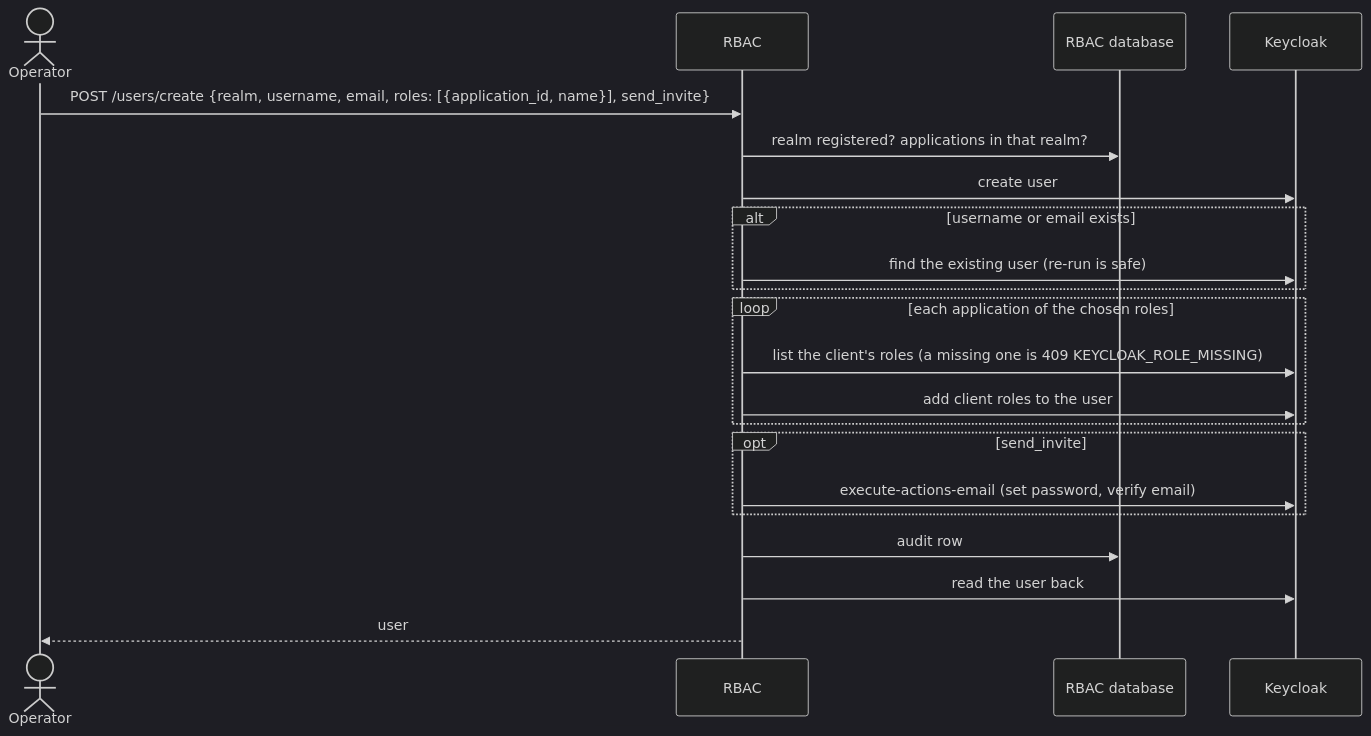
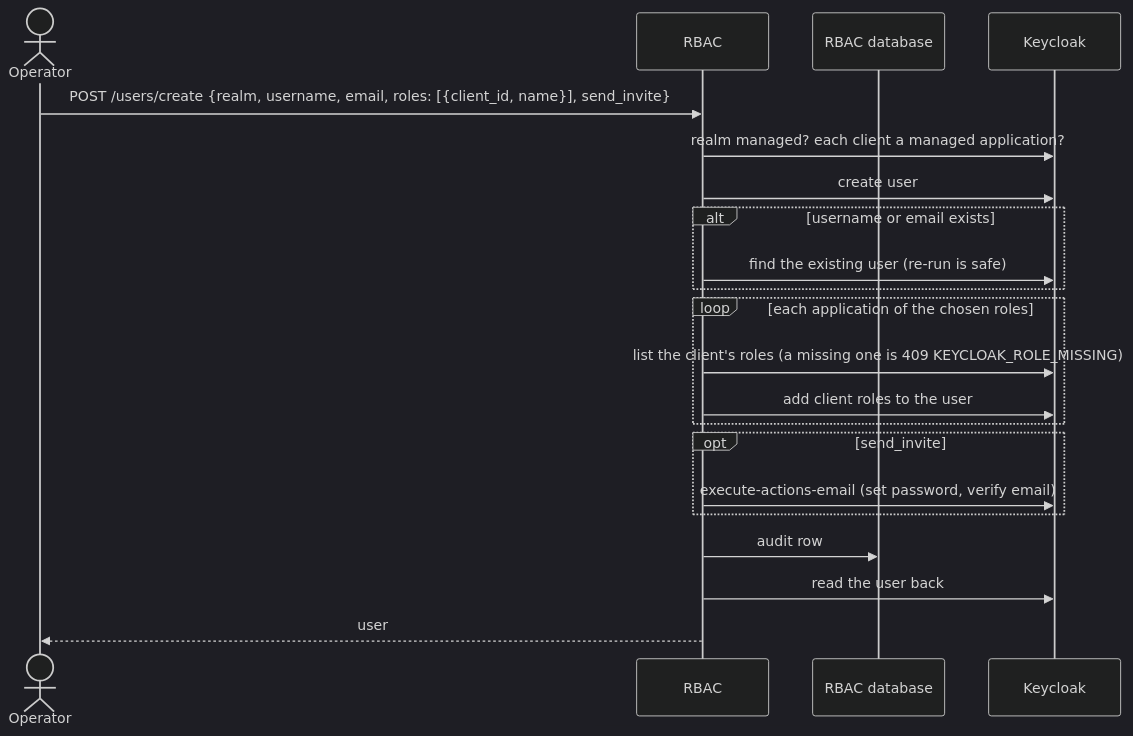
Before and after one commit to Centre-for-Open-Societal-Systems/oan_identitygovernance_service: the sixth of 6 diagrams in docs/sequence-diagrams.md, drawn with Mermaid (dark theme). The commit also changed other lines of this file and 15 other files, not shown here.

Commit message:
feat: read application roles live from Keycloak and update postman/helm

````diff
--- a/docs/sequence-diagrams.md
+++ b/docs/sequence-diagrams.md
@@ -121,24 +125,24 @@
 ```mermaid
 sequenceDiagram
     actor Op as Operator
     participant RBAC
     participant DB as RBAC database
     participant KC as Keycloak
 
-    Op->>RBAC: POST /users/create {realm, username, email, roles: [{application_id, name}], send_invite}
-    RBAC->>DB: realm registered? applications in that realm?
+    Op->>RBAC: POST /users/create {realm, username, email, roles: [{client_id, name}], send_invite}
+    RBAC->>KC: realm managed? each client a managed application?
     RBAC->>KC: create user
     alt username or email exists
         RBAC->>KC: find the existing user (re-run is safe)
     end
     loop each application of the chosen roles
         RBAC->>KC: list the client's roles (a missing one is 409 KEYCLOAK_ROLE_MISSING)
         RBAC->>KC: add client roles to the user
     end
     opt send_invite
         RBAC->>KC: execute-actions-email (set password, verify email)
     end
     RBAC->>DB: audit row
     RBAC->>KC: read the user back
     RBAC-->>Op: user
 ```
````
